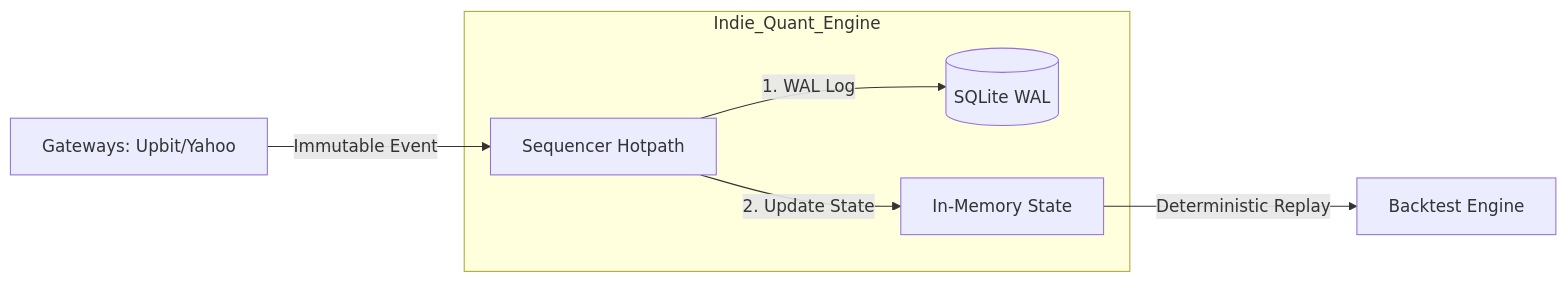
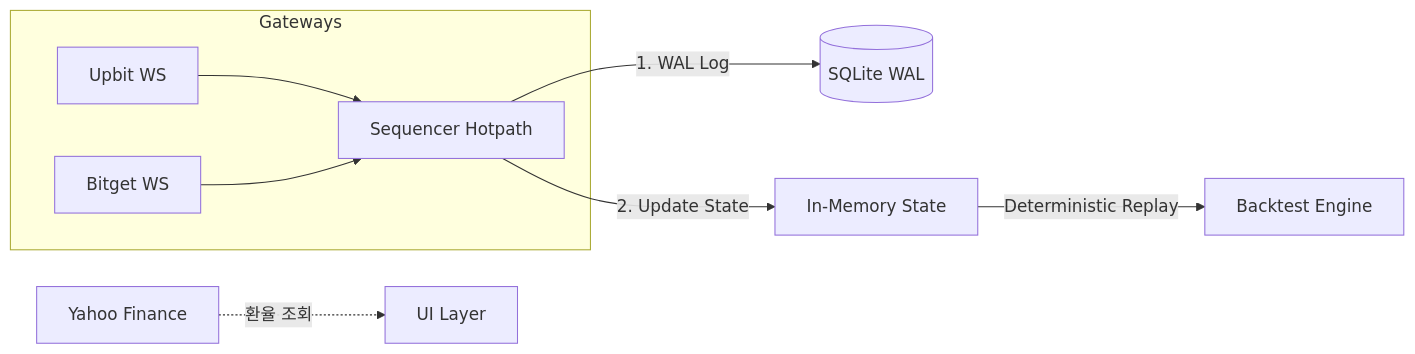
One commit to chycee/CryptoGo changed the diagram in README.md. Above: the diagram before and after it, drawn with Mermaid. The commit also changed other lines of this file and 1 other file, not shown here.

Commit message:
docs: 시스템 플로우 다이어그램 수정 - Yahoo는 환율 조회 전용

````diff
--- a/README.md
+++ b/README.md
@@ -11,9 +11,11 @@
 ```mermaid
 graph LR
-    GW[Gateways: Upbit/Yahoo] --"Immutable Event"--> SEQ[Sequencer Hotpath]
-    subgraph Indie_Quant_Engine
-        SEQ --"1. WAL Log"--> DB[(SQLite WAL)]
-        SEQ --"2. Update State"--> ST[In-Memory State]
+    subgraph Gateways
+        UB[Upbit WS] --> SEQ
+        BG[Bitget WS] --> SEQ
     end
+    YH[Yahoo Finance] -."환율 조회".-> UI[UI Layer]
+    SEQ[Sequencer Hotpath] --"1. WAL Log"--> DB[(SQLite WAL)]
+    SEQ --"2. Update State"--> ST[In-Memory State]
     ST --"Deterministic Replay"--> BT[Backtest Engine]
 ```
````
